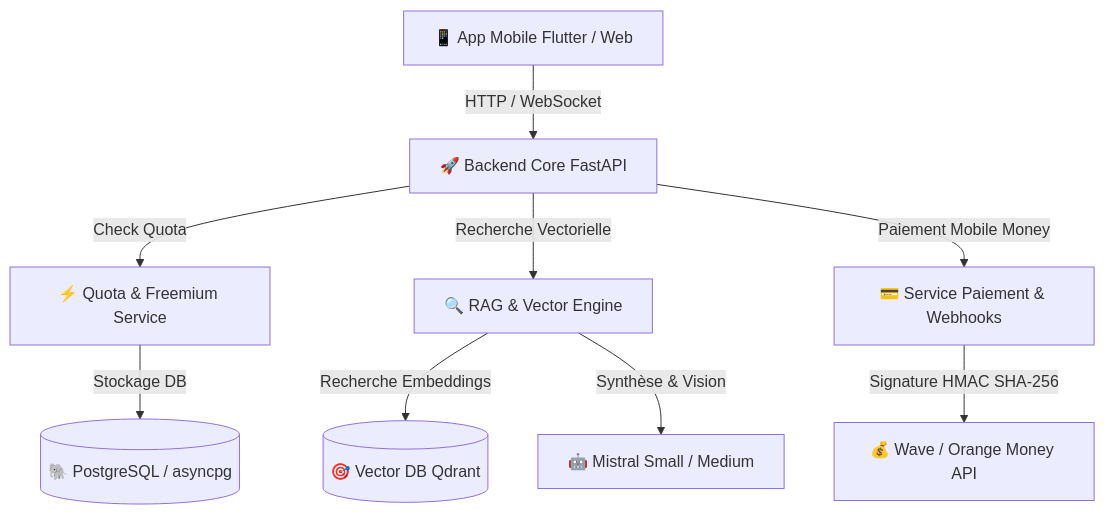
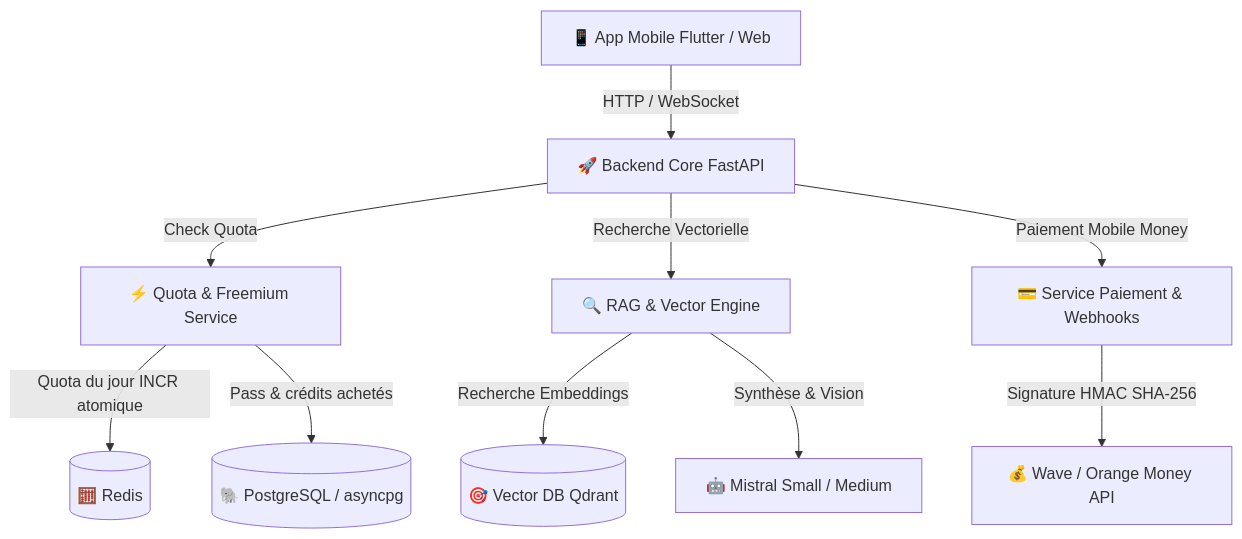
Before and after one commit to bambainza/assistantIA-prosartisan: the diagram in PDR.md, drawn with Mermaid. The commit also changed other lines of this file and 35 other files, not shown here.

````diff
--- a/PDR.md
+++ b/PDR.md
@@ -20,11 +20,12 @@
 ```mermaid
 graph TD
     Client[📱 App Mobile Flutter / Web] -->|HTTP / WebSocket| FastAPI[🚀 Backend Core FastAPI]
     FastAPI -->|Check Quota| QuotaService[⚡ Quota & Freemium Service]
-    QuotaService -->|Stockage DB| Postgres[(🐘 PostgreSQL / asyncpg)]
+    QuotaService -->|Quota du jour INCR atomique| Redis[(🧮 Redis)]
+    QuotaService -->|Pass & crédits achetés| Postgres[(🐘 PostgreSQL / asyncpg)]
     FastAPI -->|Recherche Vectorielle| RAGService[🔍 RAG & Vector Engine]
     RAGService -->|Recherche Embeddings| Qdrant[(🎯 Vector DB Qdrant)]
     RAGService -->|Synthèse & Vision| Mistral[🤖 Mistral Small / Medium]
     FastAPI -->|Paiement Mobile Money| PaymentService[💳 Service Paiement & Webhooks]
     PaymentService -->|Signature HMAC SHA-256| MobileMoney[💰 Wave / Orange Money API]
 ```
````
